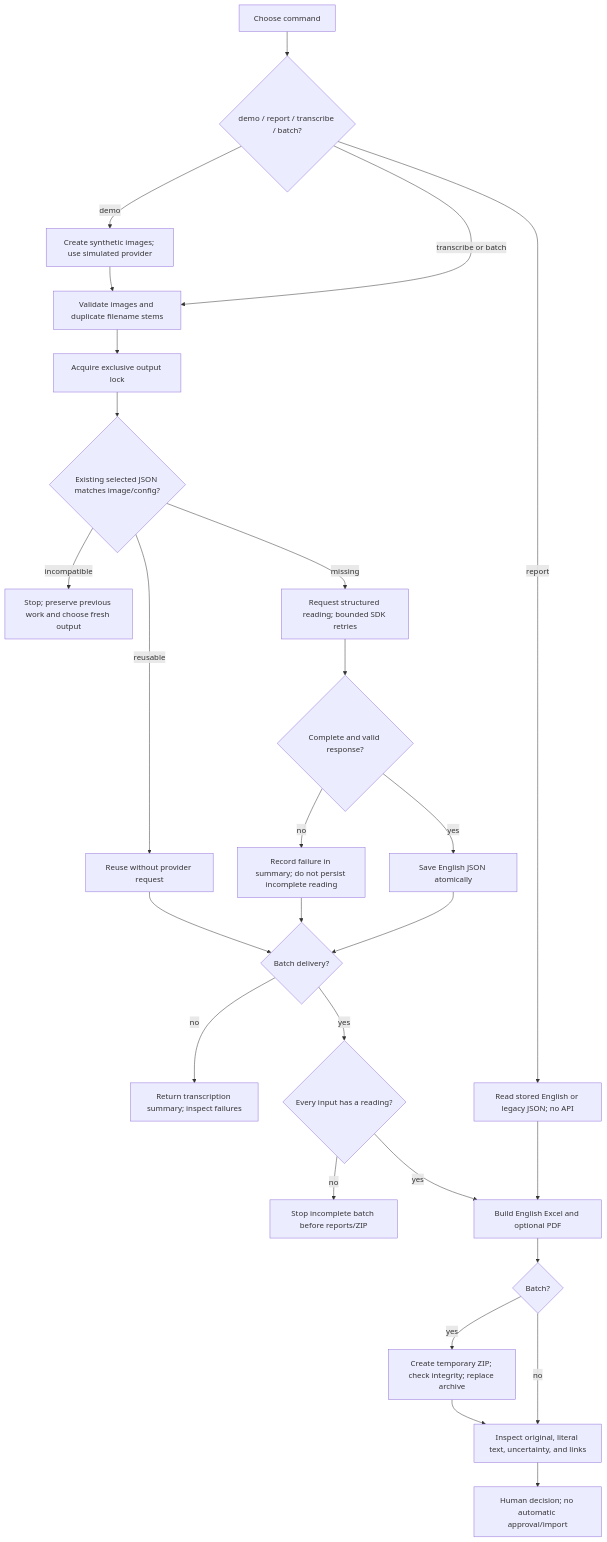
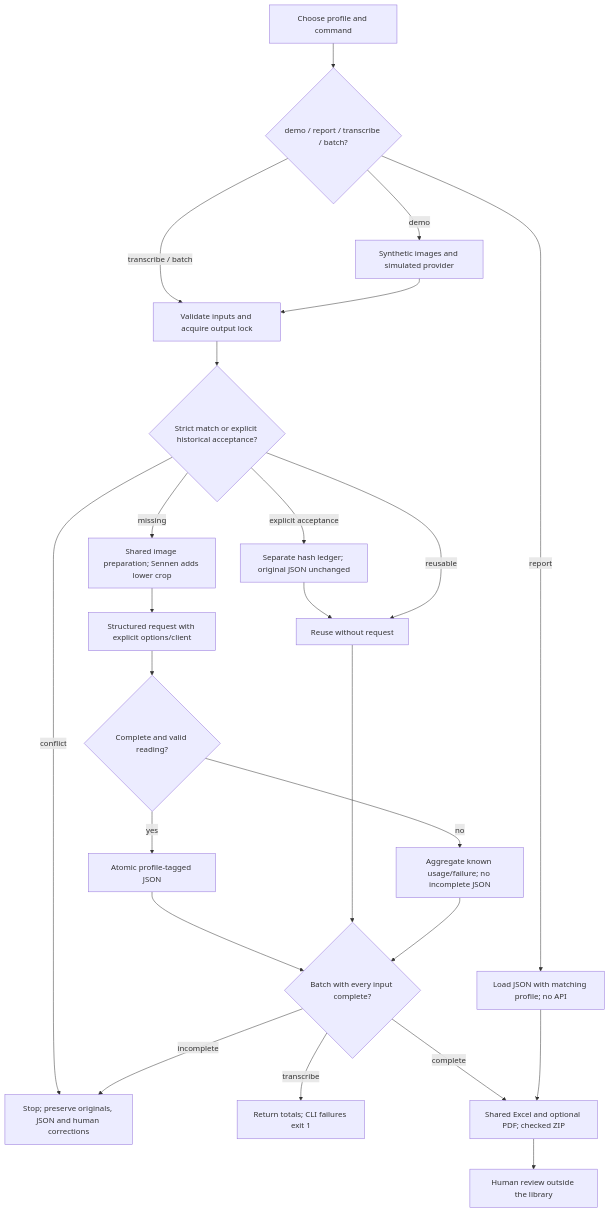
The diagram in docs/diagrams/workflow.mmd (MattyDroidX/herbarium-labels), drawn with Mermaid before and after one commit. The commit also changed 59 other files, not shown here.

First line of the commit message:
feat: make transcription workflows reusable across host applications

```diff
--- a/docs/diagrams/workflow.mmd
+++ b/docs/diagrams/workflow.mmd
@@ -1,27 +1,24 @@
 flowchart TD
-    Start["Choose command"] --> Command{"demo / report / transcribe / batch?"}
-    Command -- demo --> Fixture["Create synthetic images; use simulated provider"]
-    Fixture --> Validate["Validate images and duplicate filename stems"]
-    Command -- "transcribe or batch" --> Validate
-    Command -- report --> Load["Read stored English or legacy JSON; no API"]
-    Validate --> Lock["Acquire exclusive output lock"]
-    Lock --> Cache{"Existing selected JSON matches image/config?"}
-    Cache -- incompatible --> Stop["Stop; preserve previous work and choose fresh output"]
-    Cache -- reusable --> Reuse["Reuse without provider request"]
-    Cache -- missing --> Request["Request structured reading; bounded SDK retries"]
-    Request --> Complete{"Complete and valid response?"}
-    Complete -- no --> Failure["Record failure in summary; do not persist incomplete reading"]
-    Complete -- yes --> Save["Save English JSON atomically"]
-    Save --> Mode{"Batch delivery?"}
-    Reuse --> Mode
-    Failure --> Mode
-    Mode -- no --> Done["Return transcription summary; inspect failures"]
-    Mode -- yes --> All{"Every input has a reading?"}
-    All -- no --> Abort["Stop incomplete batch before reports/ZIP"]
-    All -- yes --> Reports["Build English Excel and optional PDF"]
-    Load --> Reports
-    Reports --> Archive{"Batch?"}
-    Archive -- yes --> ZIP["Create temporary ZIP; check integrity; replace archive"]
-    Archive -- no --> Review["Inspect original, literal text, uncertainty, and links"]
-    ZIP --> Review
-    Review --> Human["Human decision; no automatic approval/import"]
+    Start["Choose profile and command"] --> Mode{"demo / report / transcribe / batch?"}
+    Mode -- demo --> Demo["Synthetic images and simulated provider"]
+    Mode -- report --> Stored["Load JSON with matching profile; no API"]
+    Mode -- "transcribe / batch" --> Lock["Validate inputs and acquire output lock"]
+    Demo --> Lock
+    Lock --> Cache{"Strict match or explicit historical acceptance?"}
+    Cache -- conflict --> Stop["Stop; preserve originals, JSON and human corrections"]
+    Cache -- "explicit acceptance" --> Accepted["Separate hash ledger; original JSON unchanged"]
+    Accepted --> Reuse
+    Cache -- reusable --> Reuse["Reuse without request"]
+    Cache -- missing --> Prepare["Shared image preparation; Sennen adds lower crop"]
+    Prepare --> Request["Structured request with explicit options/client"]
+    Request --> Valid{"Complete and valid reading?"}
+    Valid -- no --> Failure["Aggregate known usage/failure; no incomplete JSON"]
+    Valid -- yes --> Save["Atomic profile-tagged JSON"]
+    Save --> Delivery{"Batch with every input complete?"}
+    Reuse --> Delivery
+    Failure --> Delivery
+    Delivery -- incomplete --> Stop
+    Delivery -- transcribe --> Summary["Return totals; CLI failures exit 1"]
+    Delivery -- complete --> Reports["Shared Excel and optional PDF; checked ZIP"]
+    Stored --> Reports
+    Reports --> Human["Human review outside the library"]
```
